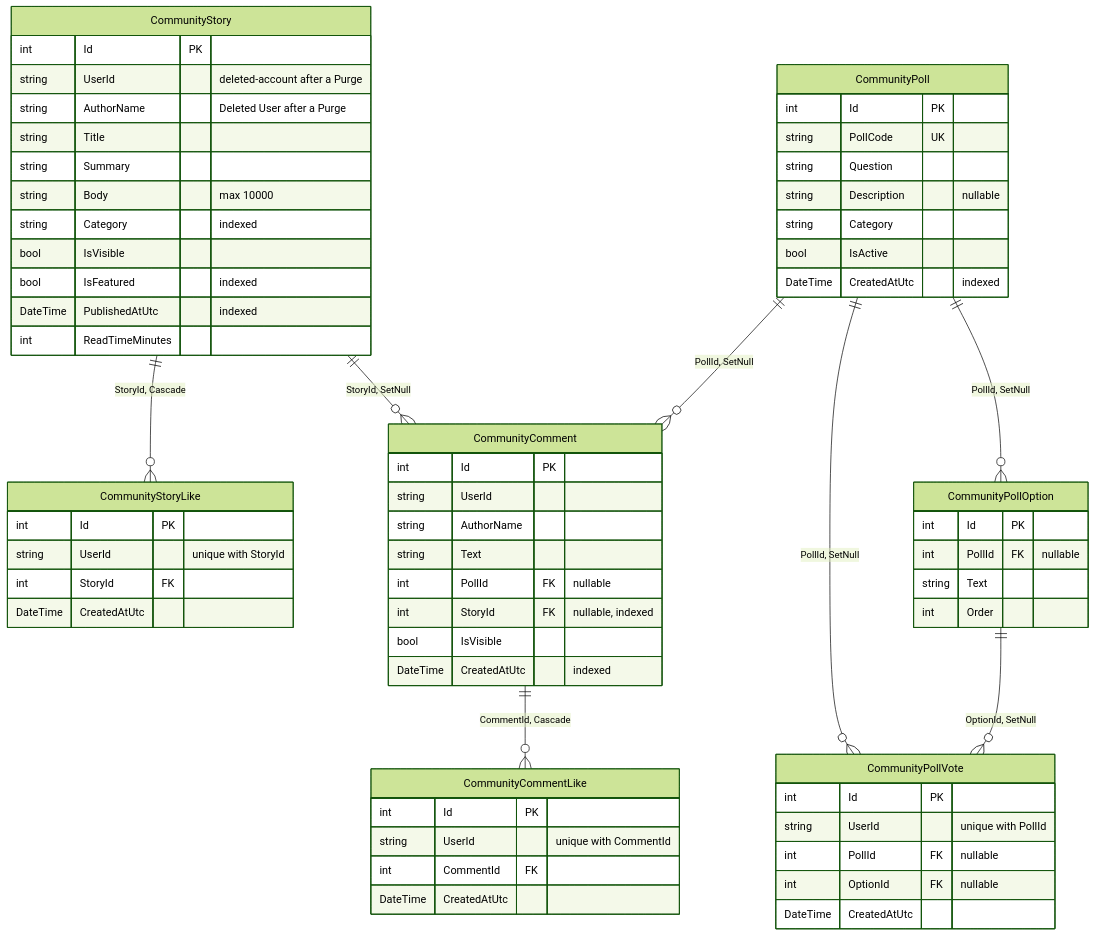
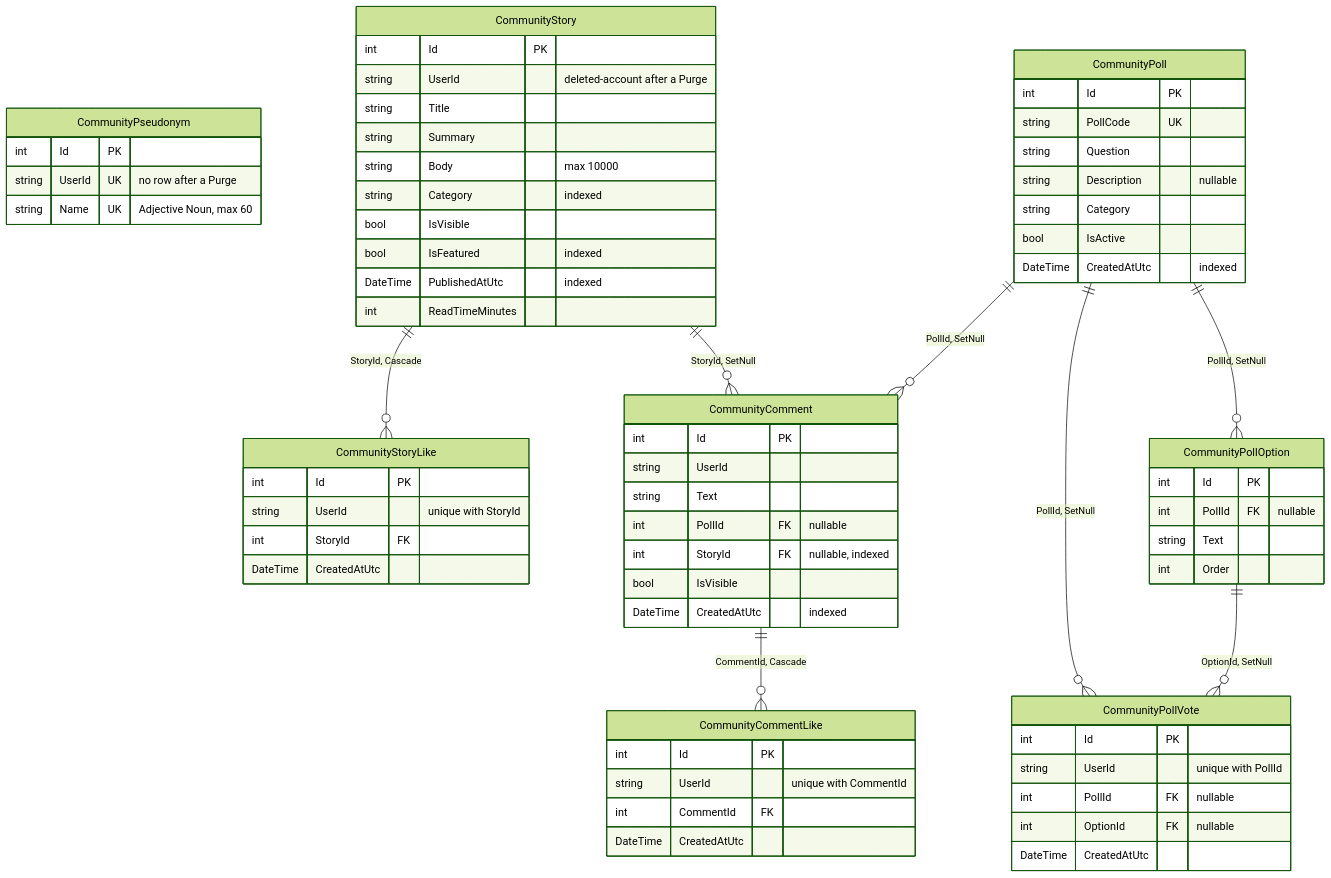
Before and after one commit to tngo0508/PersonalFinance: the fifth of 26 diagrams in docs/DIAGRAMS.md, drawn with Mermaid (forest theme). The commit also changed other lines of this file and 38 other files, not shown here.

````diff
--- a/docs/DIAGRAMS.md
+++ b/docs/DIAGRAMS.md
@@ -416,68 +416,71 @@
 ```mermaid
 erDiagram
+    CommunityPseudonym {
+        int Id PK
+        string UserId UK "no row after a Purge"
+        string Name UK "Adjective Noun, max 60"
+    }
     CommunityStory {
         int Id PK
         string UserId "deleted-account after a Purge"
-        string AuthorName "Deleted User after a Purge"
         string Title
         string Summary
         string Body "max 10000"
         string Category "indexed"
         bool IsVisible
         bool IsFeatured "indexed"
         DateTime PublishedAtUtc "indexed"
         int ReadTimeMinutes
     }
     CommunityStoryLike {
         int Id PK
         string UserId "unique with StoryId"
         int StoryId FK
         DateTime CreatedAtUtc
     }
     CommunityComment {
         int Id PK
         string UserId
-        string AuthorName
         string Text
         int PollId FK "nullable"
         int StoryId FK "nullable, indexed"
         bool IsVisible
         DateTime CreatedAtUtc "indexed"
     }
     CommunityCommentLike {
         int Id PK
         string UserId "unique with CommentId"
         int CommentId FK
         DateTime CreatedAtUtc
     }
     CommunityPoll {
         int Id PK
         string PollCode UK
         string Question
         string Description "nullable"
         string Category
         bool IsActive
         DateTime CreatedAtUtc "indexed"
     }
     CommunityPollOption {
         int Id PK
         int PollId FK "nullable"
         string Text
         int Order
     }
     CommunityPollVote {
         int Id PK
         string UserId "unique with PollId"
         int PollId FK "nullable"
         int OptionId FK "nullable"
         DateTime CreatedAtUtc
     }
 
     CommunityStory ||--o{ CommunityStoryLike : "StoryId, Cascade"
     CommunityStory ||--o{ CommunityComment : "StoryId, SetNull"
     CommunityComment ||--o{ CommunityCommentLike : "CommentId, Cascade"
     CommunityPoll ||--o{ CommunityPollOption : "PollId, SetNull"
     CommunityPoll ||--o{ CommunityPollVote : "PollId, SetNull"
     CommunityPoll ||--o{ CommunityComment : "PollId, SetNull"
     CommunityPollOption ||--o{ CommunityPollVote : "OptionId, SetNull"
 ```
````
